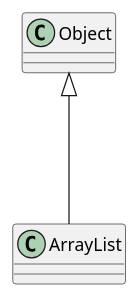
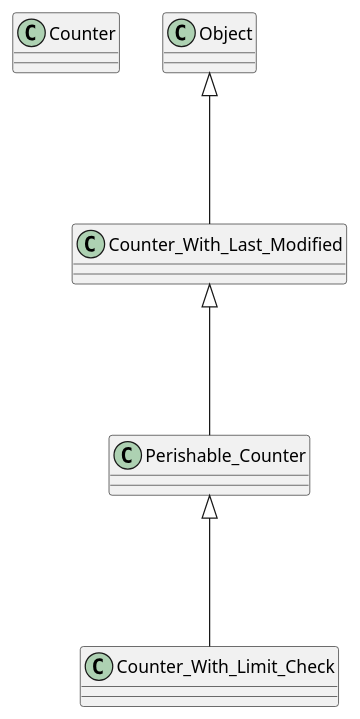
One commit to grenle/js-counters changed the diagram in README.org. Above: the diagram before and after it, drawn with PlantUML. The commit also changed 1 other file, not shown here.

Commit message:
Simple class diagram outline

```diff
--- a/README.org
+++ b/README.org
@@ -43,6 +43,8 @@
 #+begin_src plantuml :file readme-assets/class-diagram.png
 @startuml
-class Object
-Object <|--- ArrayList
+class Counter
+Object <|--- Counter_With_Last_Modified
+Counter_With_Last_Modified <|--- Perishable_Counter
+Perishable_Counter <|--- Counter_With_Limit_Check
 @enduml
 #+end_src
```
